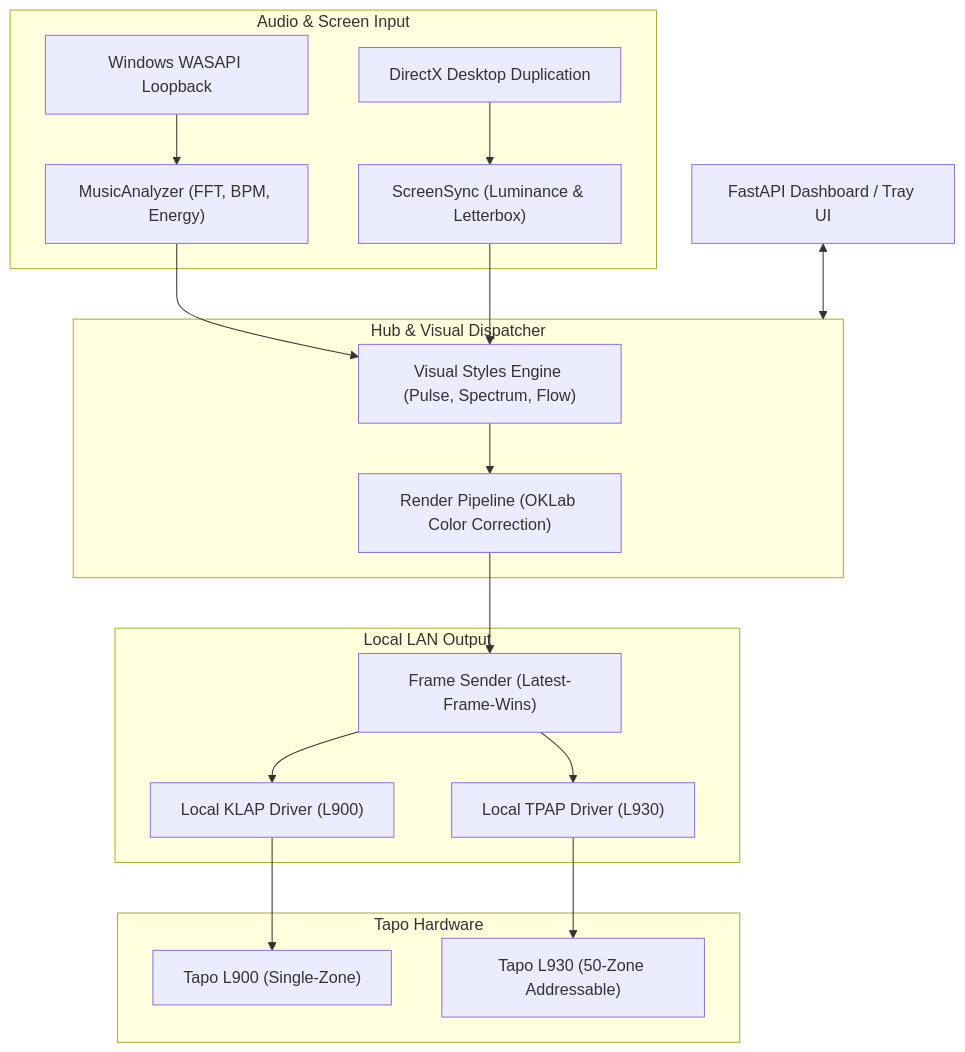
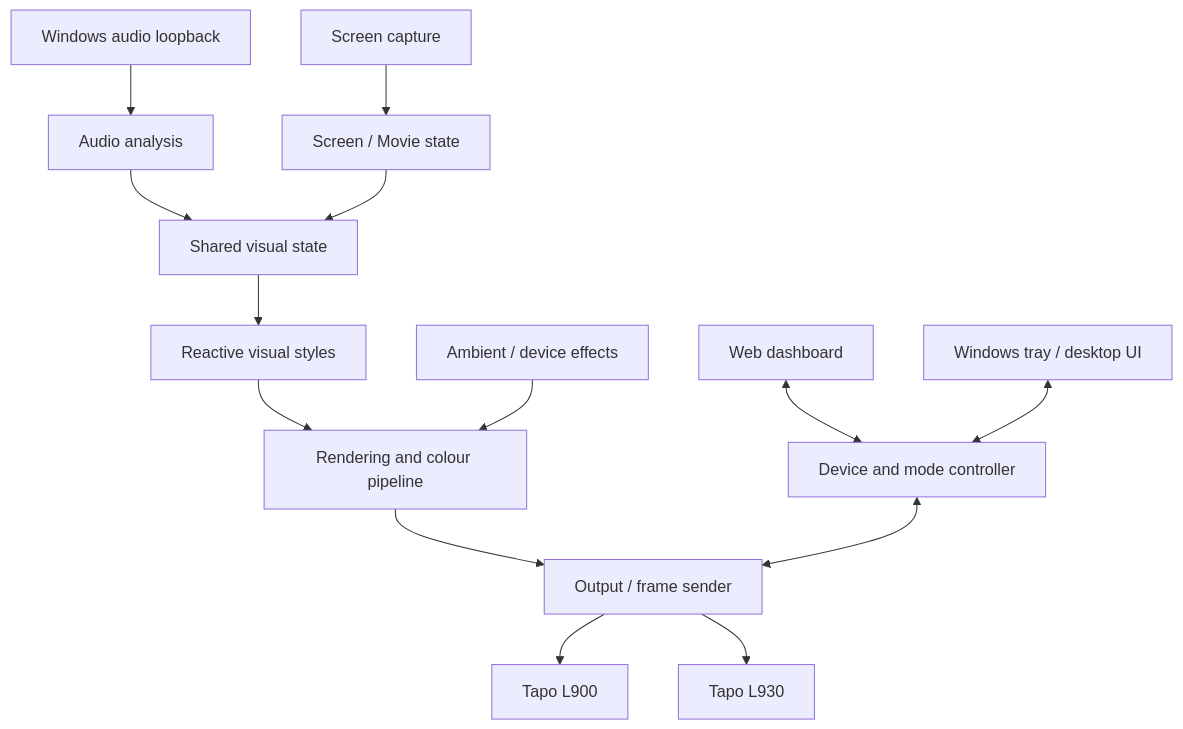
Before and after one commit to iamp1000/summer-please-turn-off-the-lights: the diagram in README.md, drawn with Mermaid. The commit also changed other lines of this file, not shown here.

````diff
--- a/README.md
+++ b/README.md
@@ -190,26 +188,16 @@
 ```mermaid
 flowchart TD
-    subgraph AudioEngine["Audio & Screen Input"]
-        WASAPI["Windows WASAPI Loopback"] --> DSP["MusicAnalyzer (FFT, BPM, Energy)"]
-        DXCAM["DirectX Desktop Duplication"] --> ScreenSync["ScreenSync (Luminance & Letterbox)"]
-    end
-
-    subgraph StateHub["Hub & Visual Dispatcher"]
-        DSP --> Styles["Visual Styles Engine (Pulse, Spectrum, Flow)"]
-        ScreenSync --> Styles
-        Styles --> OKLab["Render Pipeline (OKLab Color Correction)"]
-    end
-
-    subgraph Transport["Local LAN Output"]
-        OKLab --> Sender["Frame Sender (Latest-Frame-Wins)"]
-        Sender --> KLAP["Local KLAP Driver (L900)"]
-        Sender --> TPAP["Local TPAP Driver (L930)"]
-    end
-
-    subgraph Strips["Tapo Hardware"]
-        KLAP --> L900["Tapo L900 (Single-Zone)"]
-        TPAP --> L930["Tapo L930 (50-Zone Addressable)"]
-    end
-
-    Web["FastAPI Dashboard / Tray UI"] <--> StateHub
+    Audio["Windows audio loopback"] --> DSP["Audio analysis"]
+    Screen["Screen capture"] --> Movie["Screen / Movie state"]
+    DSP --> State["Shared visual state"]
+    Movie --> State
+    State --> Styles["Reactive visual styles"]
+    Styles --> Pipeline["Rendering and colour pipeline"]
+    Effects["Ambient / device effects"] --> Pipeline
+    Pipeline --> Sender["Output / frame sender"]
+    Sender --> L900["Tapo L900"]
+    Sender --> L930["Tapo L930"]
+    Dashboard["Web dashboard"] <--> Hub["Device and mode controller"]
+    Tray["Windows tray / desktop UI"] <--> Hub
+    Hub <--> Sender
 ```
````
